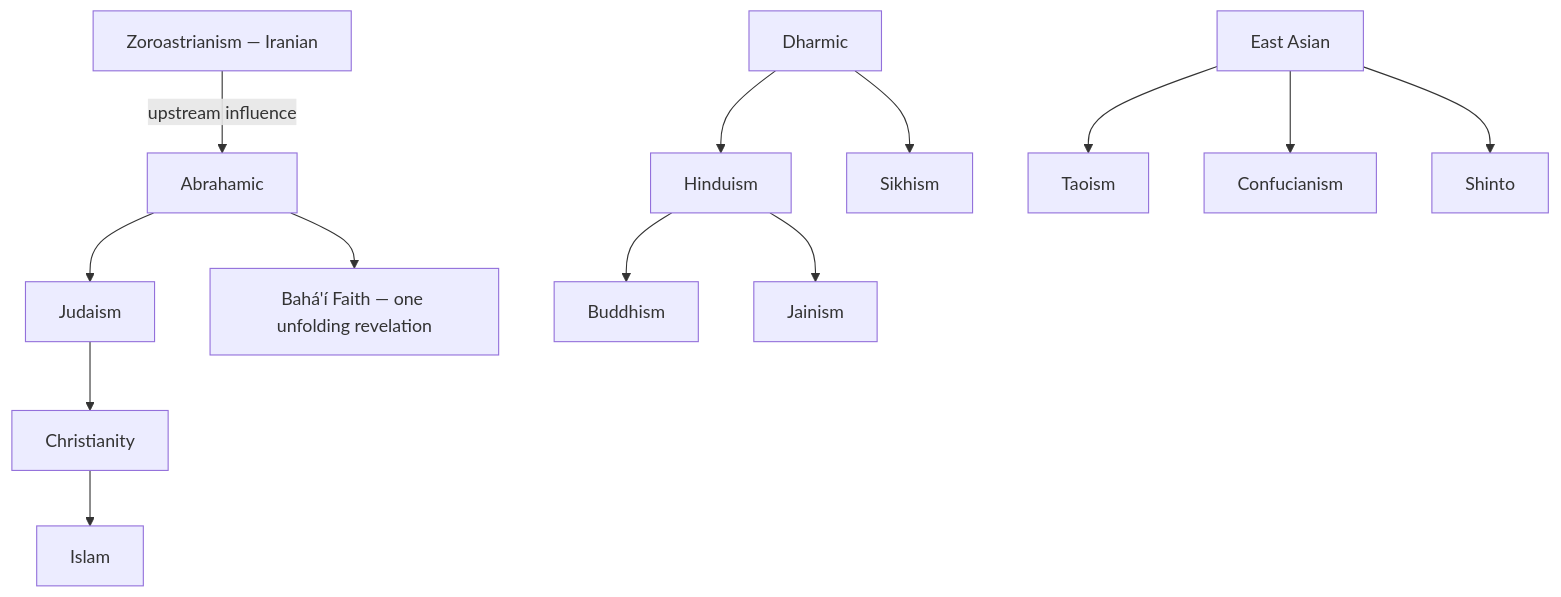
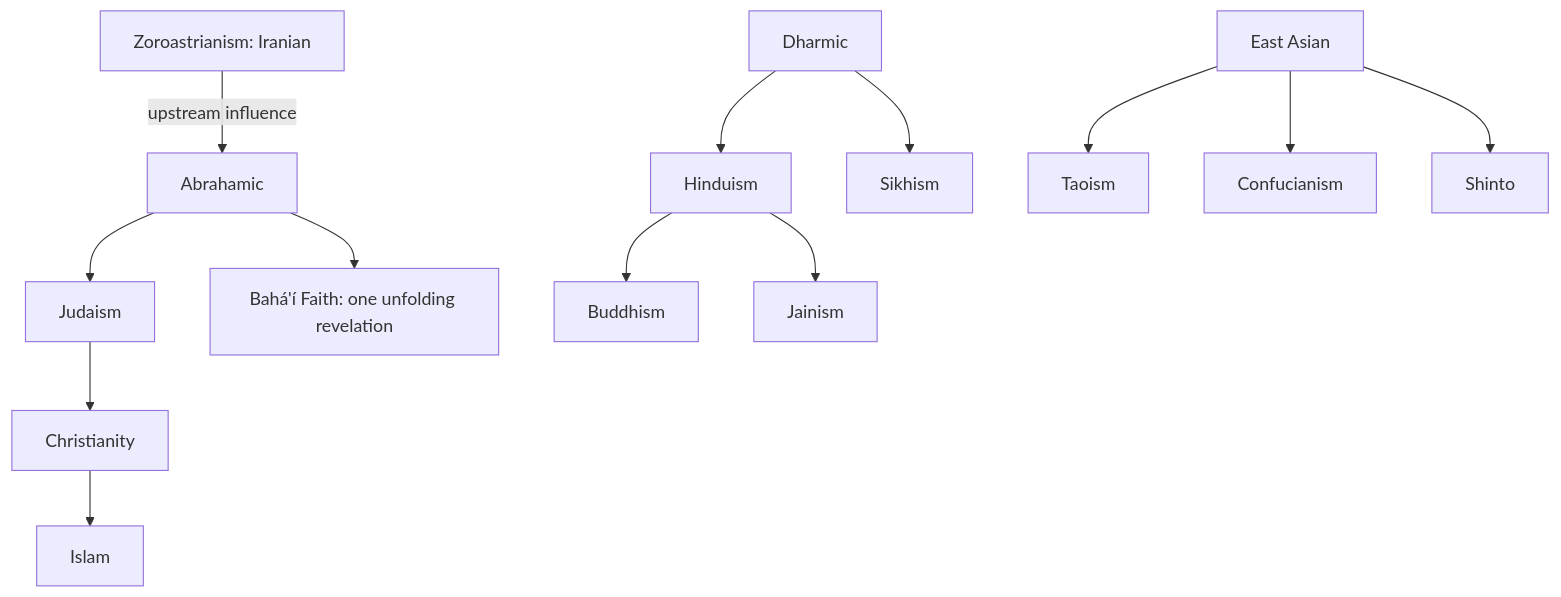
One commit to kennethreitz/kennethreitz.org changed the diagram in data/knowledge/religions-of-the-world/index.md. Above: the diagram before and after it, drawn with Mermaid. The commit also changed other lines of this file and 879 other files, not shown here.

````diff
--- a/data/knowledge/religions-of-the-world/index.md
+++ b/data/knowledge/religions-of-the-world/index.md
@@ -20,19 +20,19 @@
 ```mermaid
 flowchart TD
-    Z["Zoroastrianism — Iranian"]
+    Z["Zoroastrianism: Iranian"]
     Ab["Abrahamic"]
     Dh["Dharmic"]
     EA["East Asian"]
     Z -->|"upstream influence"| Ab
     Ab --> J["Judaism"]
     J --> C["Christianity"]
     C --> I["Islam"]
-    Ab --> Ba["Bahá'í Faith — one unfolding revelation"]
+    Ab --> Ba["Bahá'í Faith: one unfolding revelation"]
     Dh --> Hi["Hinduism"]
     Hi --> Bu["Buddhism"]
     Hi --> Ja["Jainism"]
     Dh --> Si["Sikhism"]
     EA --> Ta["Taoism"]
     EA --> Co["Confucianism"]
     EA --> Sh["Shinto"]
 ```
````
